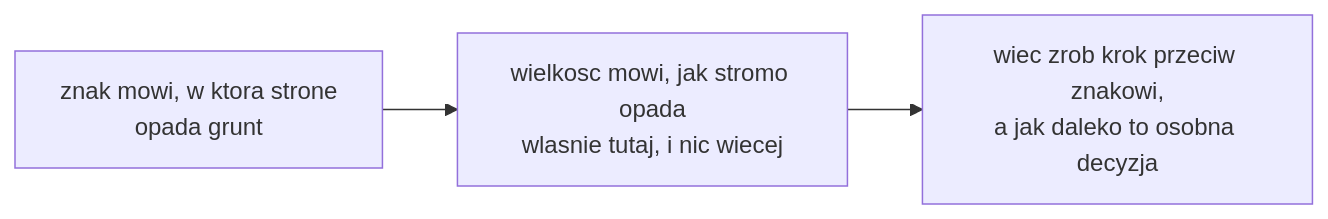
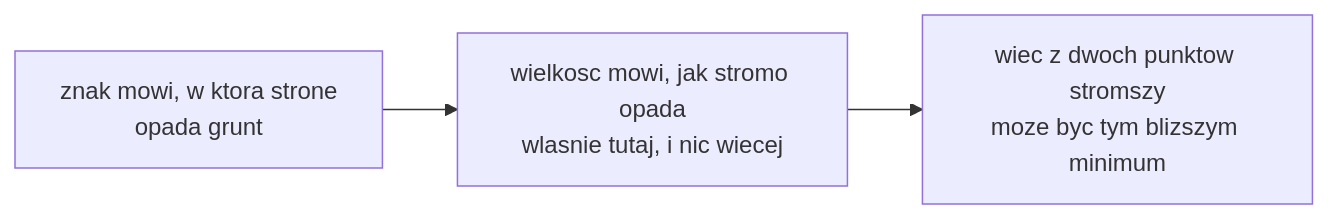
The diagram in figures/mermaid/pl/f11-sign-and-size.mmd (konradcinkusz/math-for-ai-engineers), drawn with Mermaid before and after one commit. The commit also changed 26 other files, not shown here.

```diff
--- a/figures/mermaid/pl/f11-sign-and-size.mmd
+++ b/figures/mermaid/pl/f11-sign-and-size.mmd
@@ -1,4 +1,4 @@
 flowchart LR
   A["znak mowi, w ktora strone<br/>opada grunt"]
   A --> B["wielkosc mowi, jak stromo opada<br/>wlasnie tutaj, i nic wiecej"]
-  B --> C["wiec zrob krok przeciw znakowi,<br/>a jak daleko to osobna decyzja"]
+  B --> C["wiec z dwoch punktow stromszy<br/>moze byc tym blizszym minimum"]
```
